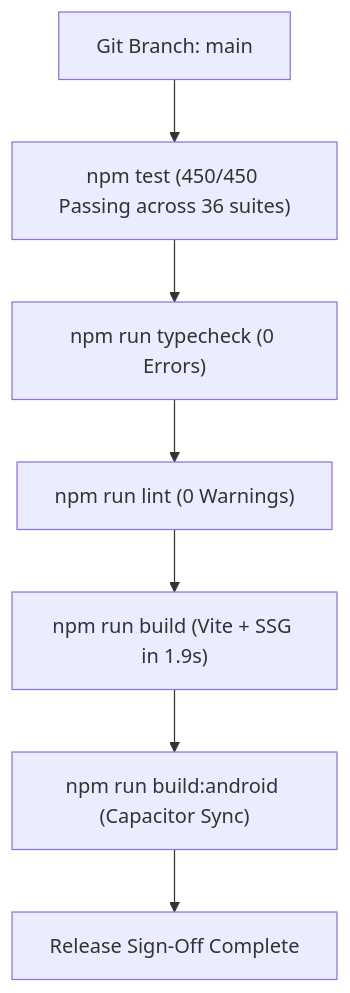
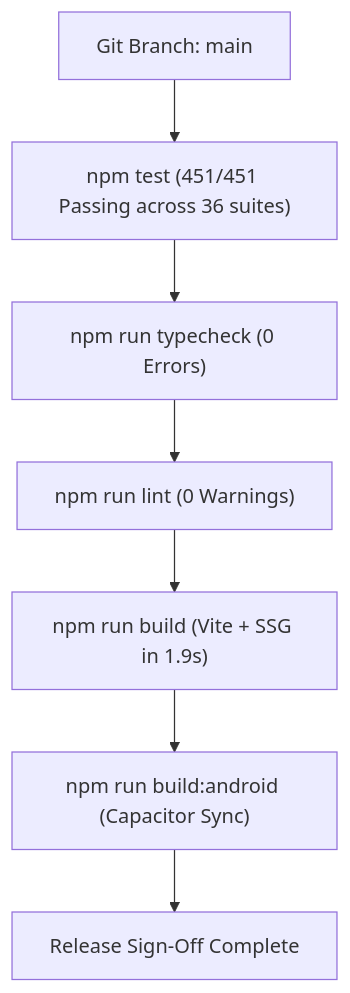
Before and after one commit to sahaya-savari/daily-spark: the diagram in docs/PHASE8_ROADMAP.md, drawn with Mermaid. The commit also changed other lines of this file and 29 other files, not shown here.

Commit message:
feat(app): habit collections, interactive widgets, and onboarding flow

````diff
--- a/docs/PHASE8_ROADMAP.md
+++ b/docs/PHASE8_ROADMAP.md
@@ -56,9 +56,9 @@
 ```mermaid
 flowchart TD
-  A["Git Branch: main"] --> B["npm test (450/450 Passing across 36 suites)"]
+  A["Git Branch: main"] --> B["npm test (451/451 Passing across 36 suites)"]
   C --> D["npm run lint (0 Warnings)"]
   B --> C["npm run typecheck (0 Errors)"]
   D --> E["npm run build (Vite + SSG in 1.9s)"]
   E --> F["npm run build:android (Capacitor Sync)"]
   F --> G["Release Sign-Off Complete"]
 ```
````
